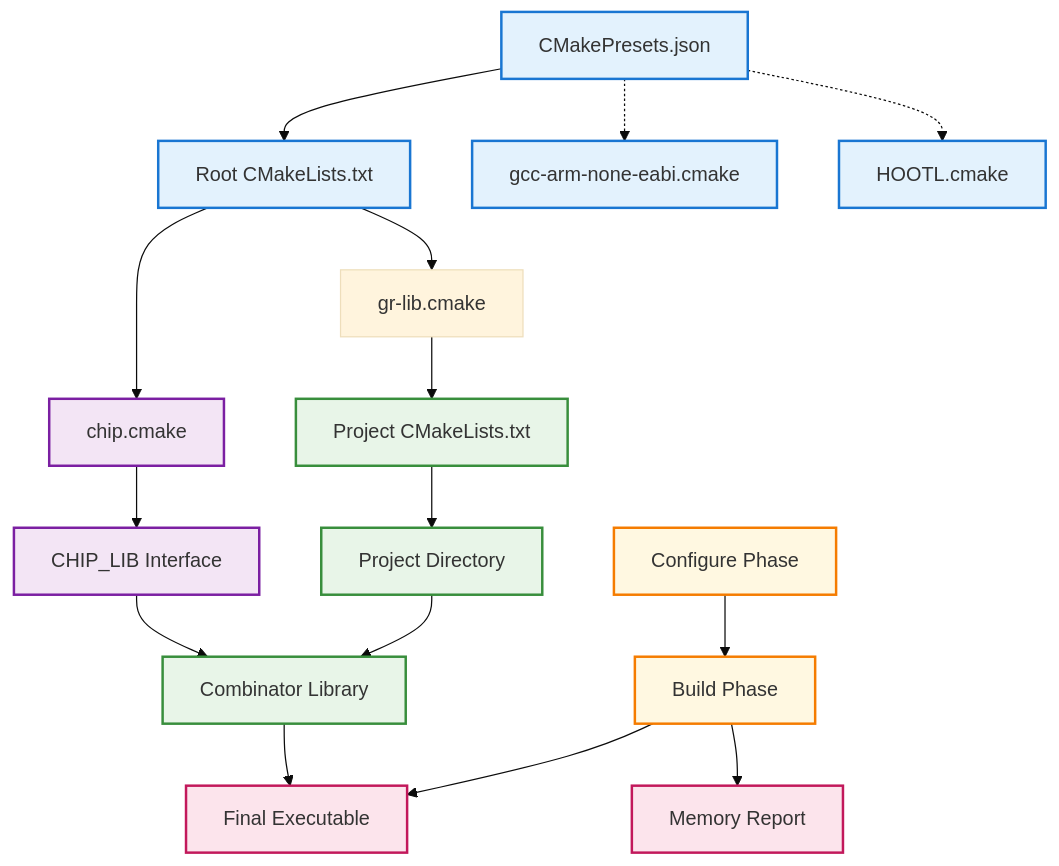
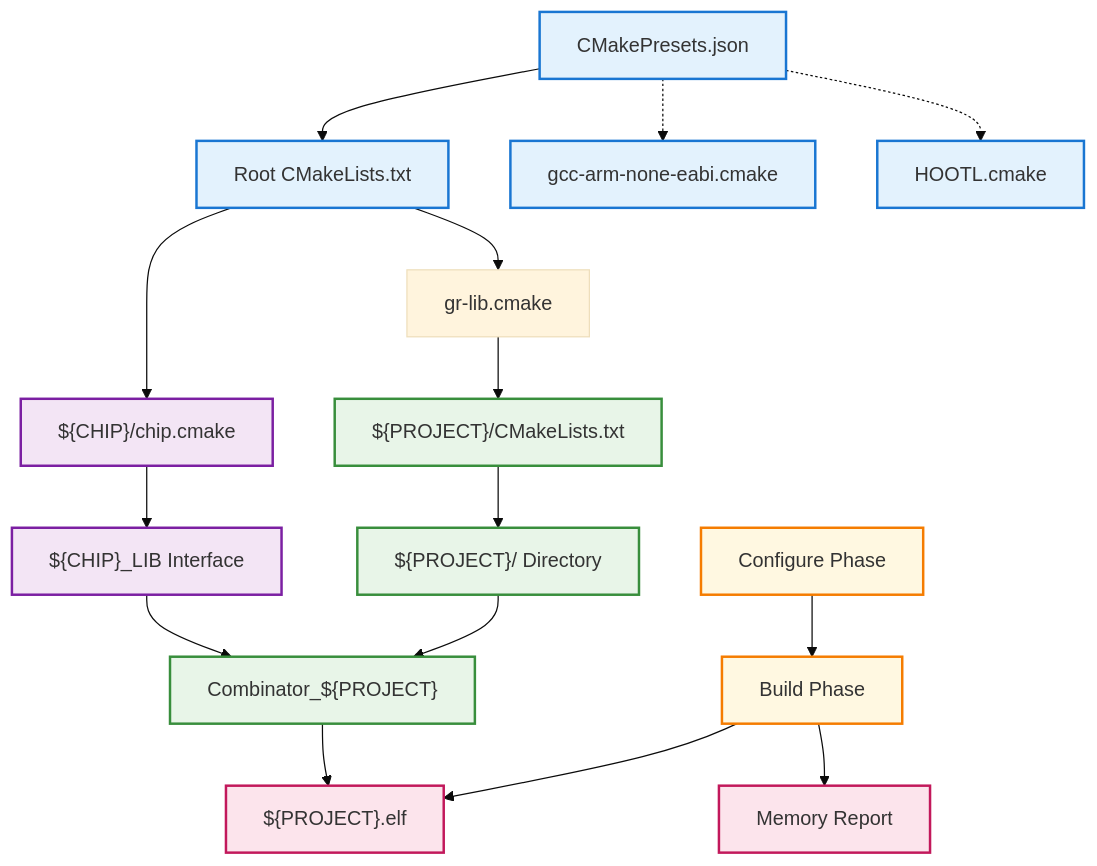
Before and after one commit to Gaucho-Racing/Firmware: the diagram in CMAKE.md, drawn with Mermaid (base theme). The commit also changed other lines of this file, not shown here.

Commit message:
Sixth iteration of CMAKE.md

````diff
--- a/CMAKE.md
+++ b/CMAKE.md
@@ -55,41 +44,41 @@
 ```mermaid
 flowchart TD
     %% Configuration Layer
-    Presets[CMakePresets.json] --> Root[Root CMakeLists.txt]
-    Presets -.-> Toolchain1[gcc-arm-none-eabi.cmake]
-    Presets -.-> Toolchain2[HOOTL.cmake]
+    Presets["CMakePresets.json"] --> Root["Root CMakeLists.txt"]
+    Presets -.-> Toolchain1["gcc-arm-none-eabi.cmake"]
+    Presets -.-> Toolchain2["HOOTL.cmake"]
     
     %% Core Flow
-    Root --> GRLib[gr-lib.cmake]
-    Root --> ChipConfig[chip.cmake]
+    Root --> GRLib["gr-lib.cmake"]
+    Root --> ChipConfig["${CHIP}/chip.cmake"]
     
     %% Platform & Project
-    GRLib --> ProjectCMake[Project CMakeLists.txt]
-    ChipConfig --> PlatformLib[CHIP_LIB Interface]
+    GRLib --> ProjectCMake["${PROJECT}/CMakeLists.txt"]
+    ChipConfig --> PlatformLib["${CHIP}_LIB Interface"]
     
     %% Linking
-    ProjectCMake --> UserCode[Project Directory]
-    PlatformLib --> Combinator[Combinator Library]
+    ProjectCMake --> UserCode["${PROJECT}/ Directory"]
+    PlatformLib --> Combinator["Combinator_${PROJECT}"]
     UserCode --> Combinator
     
     %% Output
-    Combinator --> Executable[Final Executable]
+    Combinator --> Executable["${PROJECT}.elf"]
     
     %% Build Process
-    Configure[Configure Phase] --> Build[Build Phase]
-    Build --> Memory[Memory Report]
+    Configure["Configure Phase"] --> Build["Build Phase"]
+    Build --> Memory["Memory Report"]
     Build --> Executable
     
     %% Styling
     classDef config fill:#e3f2fd,stroke:#1976d2,stroke-width:2px
     classDef platform fill:#f3e5f5,stroke:#7b1fa2,stroke-width:2px
     classDef project fill:#e8f5e8,stroke:#388e3c,stroke-width:2px
     classDef build fill:#fff8e1,stroke:#f57c00,stroke-width:2px
     classDef output fill:#fce4ec,stroke:#c2185b,stroke-width:2px
     
     class Presets,Root,Toolchain1,Toolchain2 config
     class ChipConfig,PlatformLib platform
     class ProjectCMake,UserCode,Combinator project
     class Configure,Build build
     class Executable,Memory output
 ```
````
